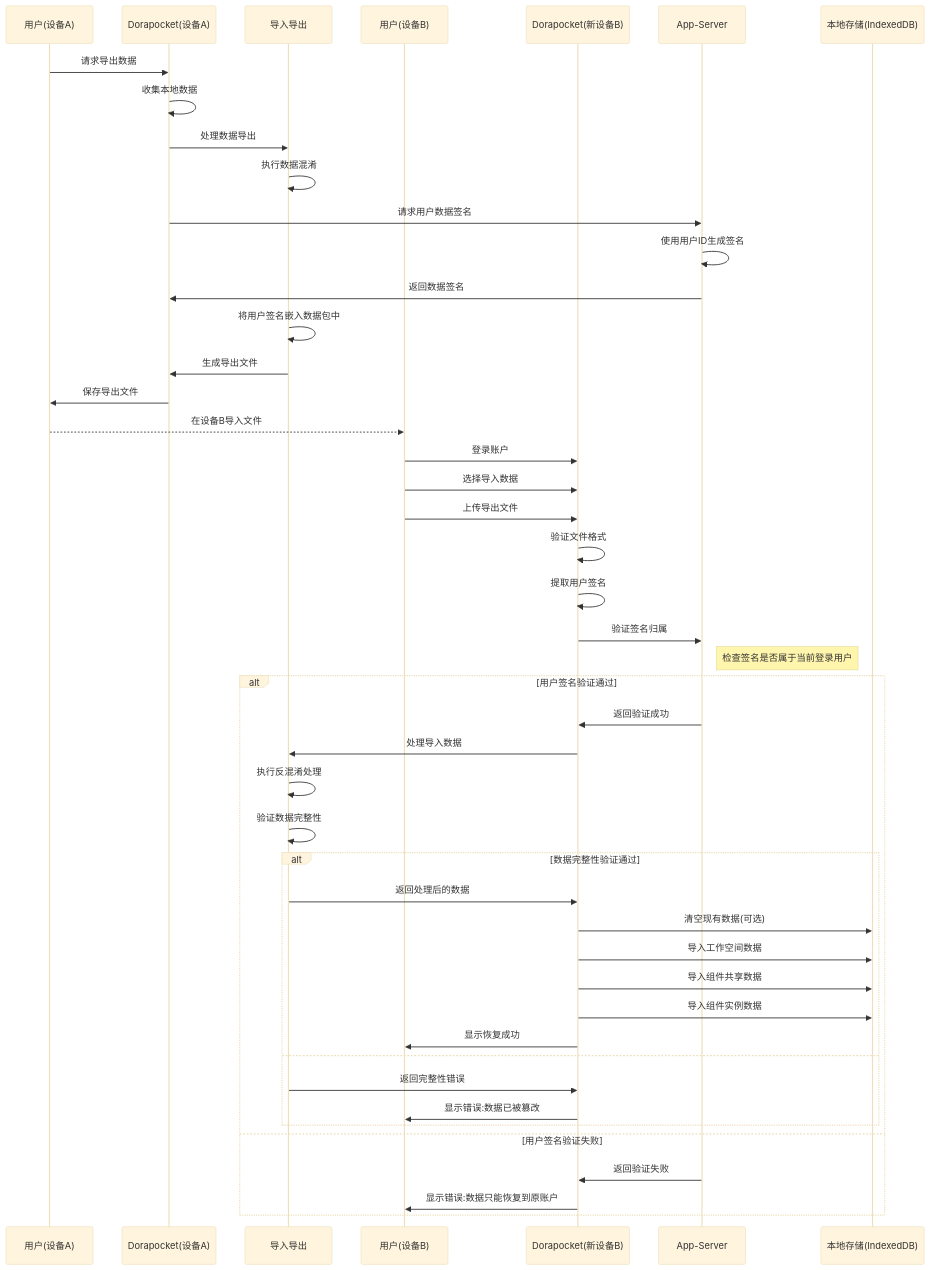
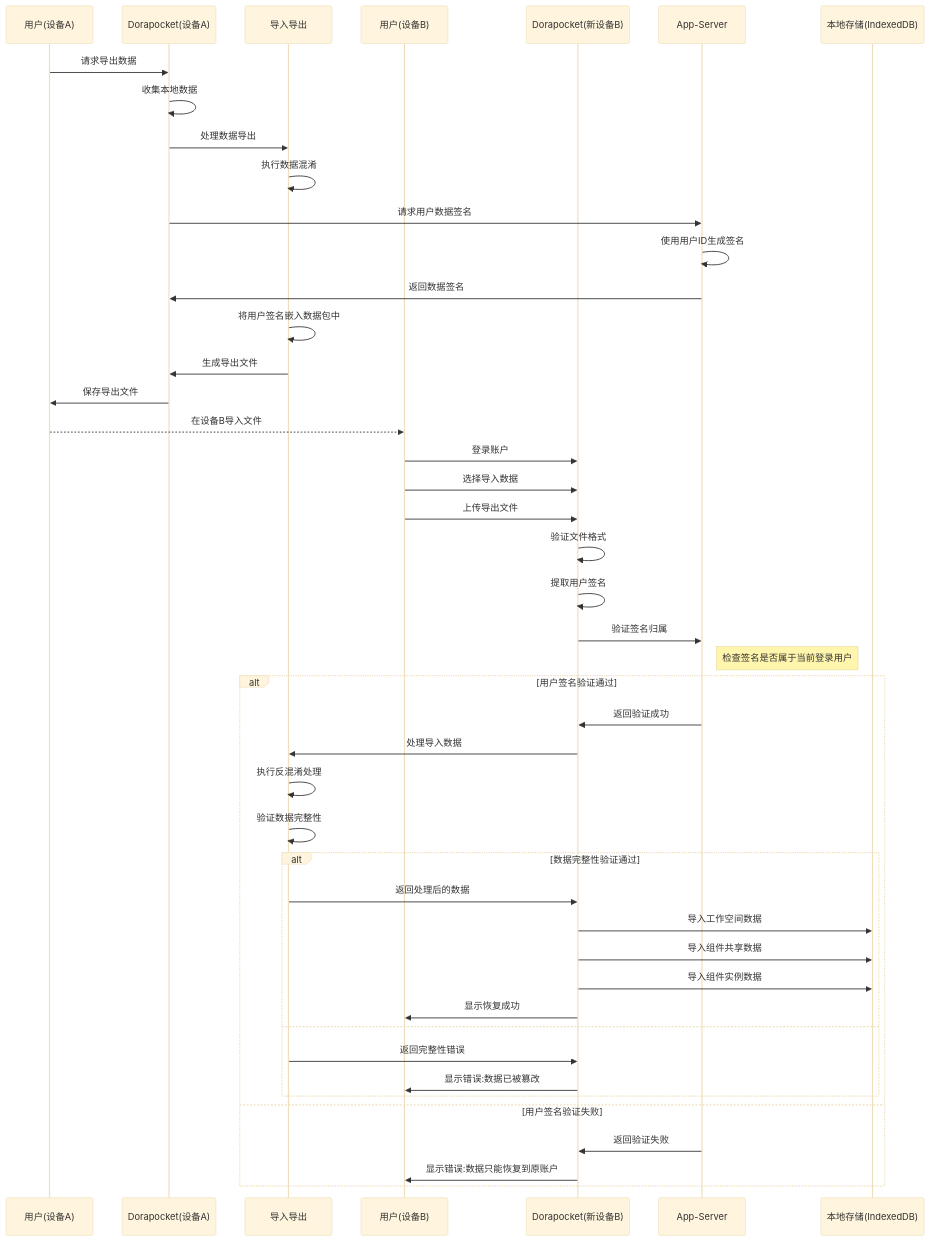
The diagram in all/未命名-38.md (yingjianzh/iodraw-files), drawn with Mermaid (base theme) before and after one commit.

Commit message:
2025-04-21 14:21:45 update

````diff
--- a/all/未命名-38.md
+++ b/all/未命名-38.md
@@ -1,64 +1,63 @@
 ```mermaid
 sequenceDiagram
     participant UserOld as 用户(设备A)
     participant AppOld as Dorapocket(设备A)
     participant Security as 导入导出
     participant UserNew as 用户(设备B)
     participant AppNew as Dorapocket(新设备B)
     participant AppServer as App-Server
     participant LocalDB as 本地存储(IndexedDB)
     
     %% 导出流程
     UserOld->>AppOld: 请求导出数据
     AppOld->>AppOld: 收集本地数据
     
     AppOld->>Security: 处理数据导出
     Security->>Security: 执行数据混淆
     
     %% 获取用户签名
     AppOld->>AppServer: 请求用户数据签名
     AppServer->>AppServer: 使用用户ID生成签名
     AppServer->>AppOld: 返回数据签名
     
     Security->>Security: 将用户签名嵌入数据包中
     Security->>AppOld: 生成导出文件
     AppOld->>UserOld: 保存导出文件
     
     %% 传输文件(由用户完成)
     UserOld-->>UserNew: 在设备B导入文件
     
     %% 恢复流程
     UserNew->>AppNew: 登录账户
     UserNew->>AppNew: 选择导入数据
     UserNew->>AppNew: 上传导出文件
     
     AppNew->>AppNew: 验证文件格式
     AppNew->>AppNew: 提取用户签名
     
     %% 验证用户签名
     AppNew->>AppServer: 验证签名归属
     note right of AppServer: 检查签名是否属于当前登录用户
     
     alt 用户签名验证通过
         AppServer->>AppNew: 返回验证成功
         
         AppNew->>Security: 处理导入数据
         Security->>Security: 执行反混淆处理
         Security->>Security: 验证数据完整性
         
         alt 数据完整性验证通过
             Security->>AppNew: 返回处理后的数据
-            AppNew->>LocalDB: 清空现有数据(可选)
             AppNew->>LocalDB: 导入工作空间数据
             AppNew->>LocalDB: 导入组件共享数据
             AppNew->>LocalDB: 导入组件实例数据
             AppNew->>UserNew: 显示恢复成功
         else
             Security->>AppNew: 返回完整性错误
             AppNew->>UserNew: 显示错误:数据已被篡改
         end
     else 用户签名验证失败
         AppServer->>AppNew: 返回验证失败
         AppNew->>UserNew: 显示错误:数据只能恢复到原账户
     end
 ```
````
